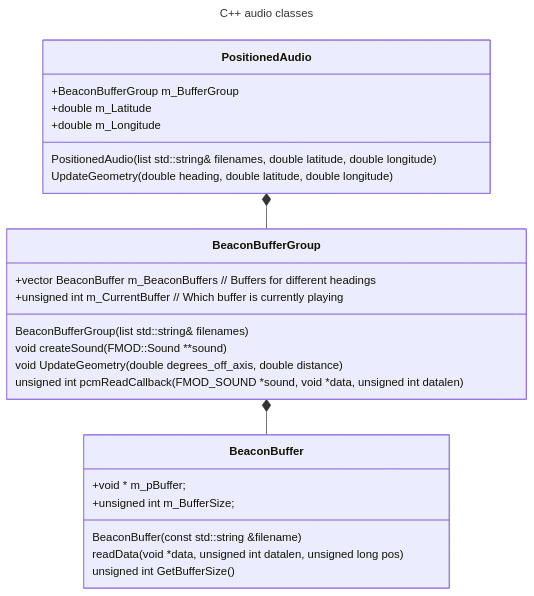
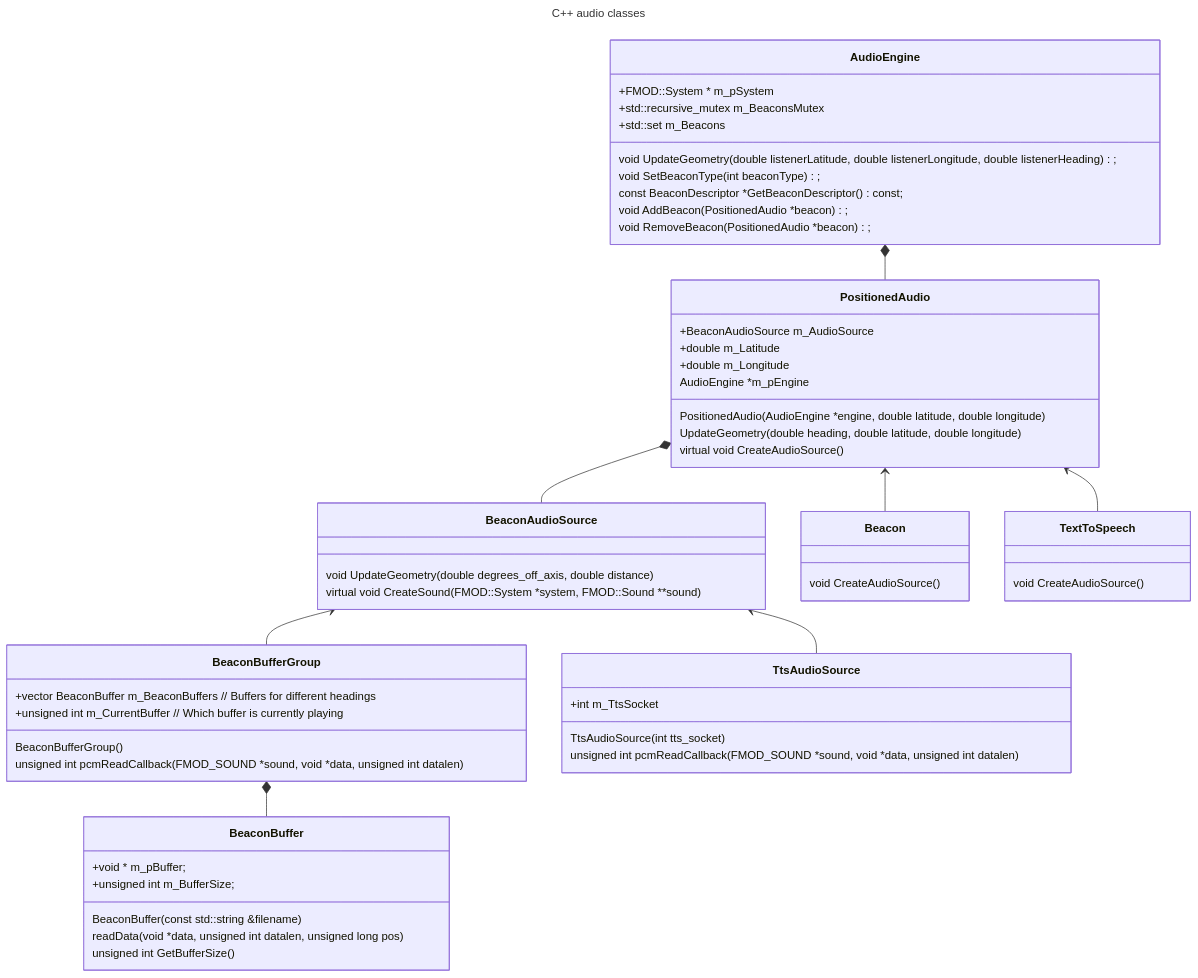
The second of 2 diagrams in app/docs/audio-API.md (davecraig/SoundscapeAlpha), drawn with Mermaid before and after one commit. The commit also changed other lines of this file and 5 other files, not shown here.

First line of the commit message:
Add queue for use by TextToSpeech beacons

````diff
--- a/app/docs/audio-API.md
+++ b/app/docs/audio-API.md
@@ -110,35 +110,71 @@
 ```mermaid
 ---
 title: C++ audio classes
 ---
 classDiagram
 
     class BeaconBuffer{
         +void * m_pBuffer;
         +unsigned int m_BufferSize;
 
         BeaconBuffer(const std::string &filename)
         readData(void *data, unsigned int datalen, unsigned long pos)
         unsigned int GetBufferSize()    
     }
     
     class BeaconBufferGroup{
-        BeaconBufferGroup(list std::string& filenames)
-        void createSound(FMOD::Sound **sound)
-        void UpdateGeometry(double degrees_off_axis, double distance)
+        BeaconBufferGroup()
         unsigned int pcmReadCallback(FMOD_SOUND *sound, void *data, unsigned int datalen)
         +vector BeaconBuffer m_BeaconBuffers // Buffers for different headings
         +unsigned int m_CurrentBuffer // Which buffer is currently playing
     }
 
+    class BeaconAudioSource{
+        void UpdateGeometry(double degrees_off_axis, double distance)
+        virtual void CreateSound(FMOD::System *system, FMOD::Sound **sound)
+    }
+
+    class TtsAudioSource{
+        TtsAudioSource(int tts_socket)
+        unsigned int pcmReadCallback(FMOD_SOUND *sound, void *data, unsigned int datalen)
+        +int m_TtsSocket
+    }
+
     class PositionedAudio{
-        PositionedAudio(list std::string& filenames, double latitude, double longitude)
+        PositionedAudio(AudioEngine *engine, double latitude, double longitude)
         UpdateGeometry(double heading, double latitude, double longitude)
-        +BeaconBufferGroup m_BufferGroup
+        virtual void CreateAudioSource()
+        +BeaconAudioSource m_AudioSource
         +double m_Latitude
         +double m_Longitude
+        AudioEngine *m_pEngine
     }
     
+    class AudioEngine {
+        void UpdateGeometry(double listenerLatitude, double listenerLongitude, double listenerHeading);
+        void SetBeaconType(int beaconType);
+        const BeaconDescriptor *GetBeaconDescriptor() const;
+
+        void AddBeacon(PositionedAudio *beacon);
+        void RemoveBeacon(PositionedAudio *beacon);
+
+        +FMOD::System * m_pSystem
+        +std::recursive_mutex m_BeaconsMutex
+        +std::set<PositionedAudio *> m_Beacons
+    }
+
+    class Beacon{
+        void CreateAudioSource()
+    }
+
+    class TextToSpeech{
+        void CreateAudioSource()
+    }
+    PositionedAudio *-- BeaconAudioSource
     BeaconBufferGroup *-- BeaconBuffer
-    PositionedAudio *-- BeaconBufferGroup
+    BeaconAudioSource <-- TtsAudioSource
+    BeaconAudioSource <-- BeaconBufferGroup
+    PositionedAudio <-- Beacon
+    PositionedAudio <-- TextToSpeech
+    AudioEngine *-- PositionedAudio
 ```
````
